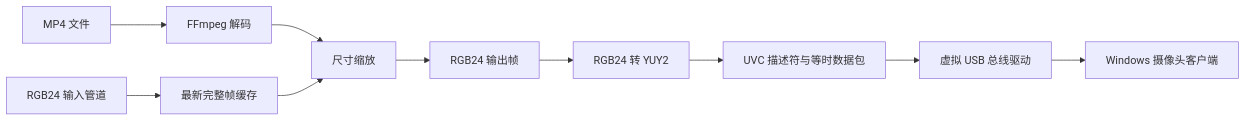
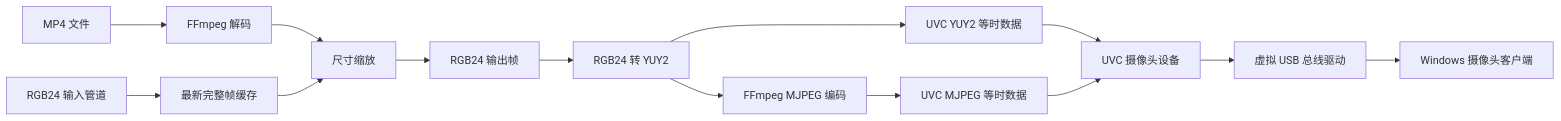
One commit to Young-Six-6/Virtual-Device-Camera changed the diagram in docs/architecture.md. Above: the diagram before and after it, drawn with Mermaid. The commit also changed other lines of this file and 35 other files, not shown here.

````diff
--- a/docs/architecture.md
+++ b/docs/architecture.md
@@ -25,12 +25,16 @@
 ```mermaid
 flowchart LR
     MP4[MP4 文件] --> FF[FFmpeg 解码]
     PIPE[RGB24 输入管道] --> CACHE[最新完整帧缓存]
     FF --> SCALE[尺寸缩放]
     CACHE --> SCALE
     SCALE --> RGB[RGB24 输出帧]
     RGB --> YUY2[RGB24 转 YUY2]
-    YUY2 --> UVC[UVC 描述符与等时数据包]
+    YUY2 --> RAW[UVC YUY2 等时数据]
+    YUY2 --> JPEG[FFmpeg MJPEG 编码]
+    JPEG --> COMPRESSED[UVC MJPEG 等时数据]
+    RAW --> UVC[UVC 摄像头设备]
+    COMPRESSED --> UVC
     UVC --> BUS[虚拟 USB 总线驱动]
     BUS --> HOST[Windows 摄像头客户端]
 ```
````
